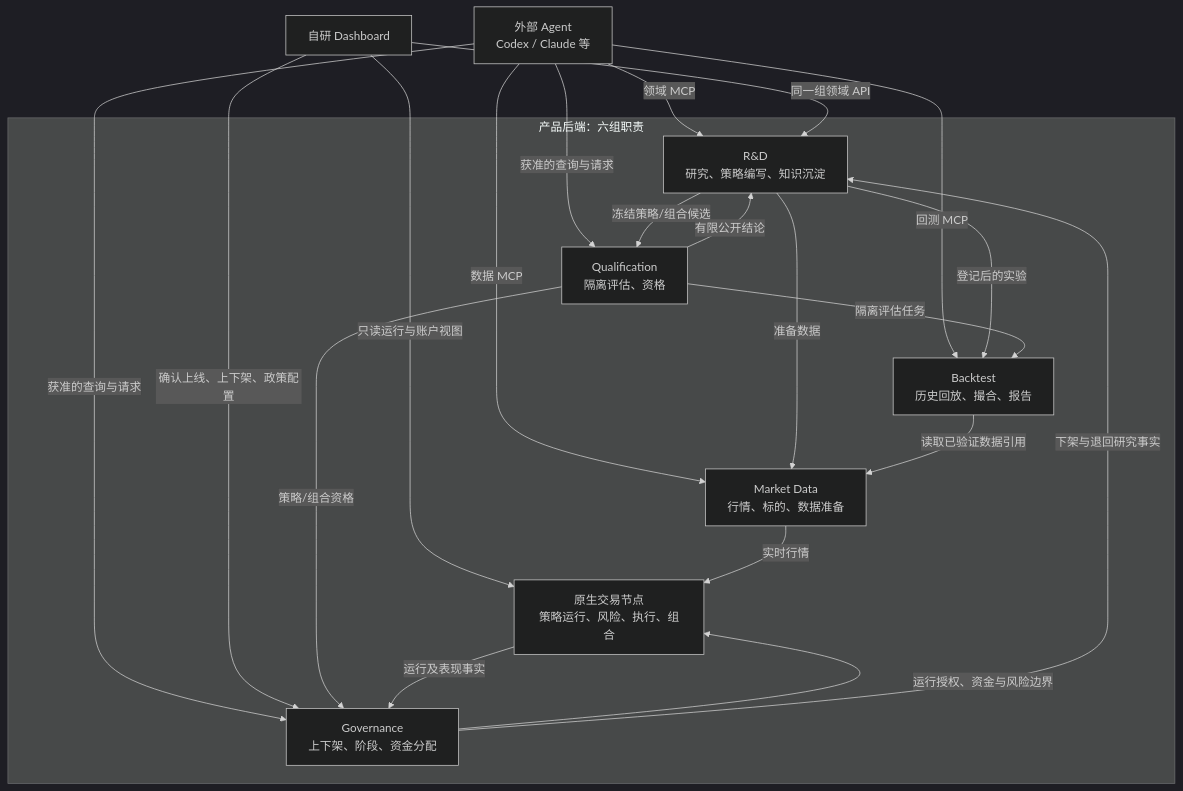
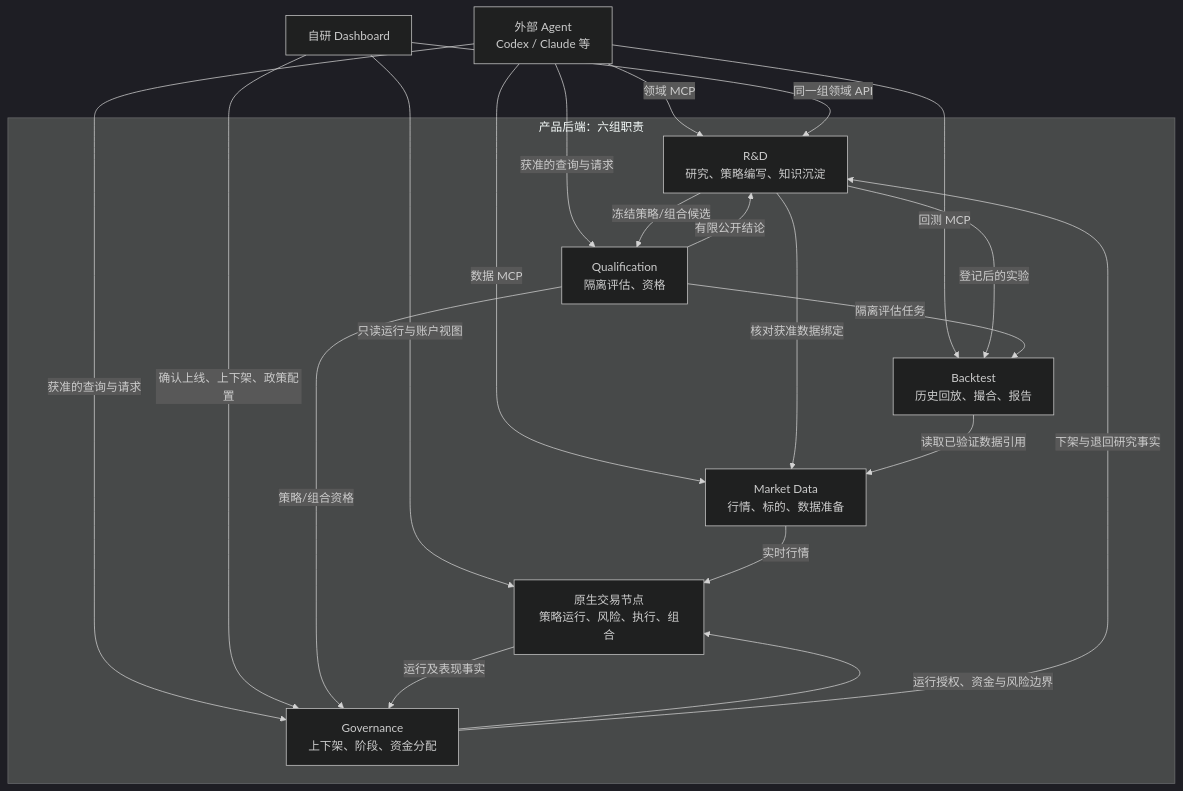
The second of 5 diagrams in docs/architecture/index.zh.md (qOeOp/trade), drawn with Mermaid (dark theme) before and after one commit. The commit also changed other lines of this file and 12 other files, not shown here.

Commit message:
docs(architecture): audit Nautilus capability adoption and R-1 liquidation bounds

````diff
--- a/docs/architecture/index.zh.md
+++ b/docs/architecture/index.zh.md
@@ -427,32 +430,32 @@
 ```mermaid
 flowchart TB
     A["外部 Agent<br/>Codex / Claude 等"]
     D["自研 Dashboard"]
     subgraph Services["产品后端：六组职责"]
         MD["Market Data<br/>行情、标的、数据准备"]
         BT["Backtest<br/>历史回放、撮合、报告"]
         RD["R&D<br/>研究、策略编写、知识沉淀"]
         Q["Qualification<br/>隔离评估、资格"]
         G["Governance<br/>上下架、阶段、资金分配"]
         N["原生交易节点<br/>策略运行、风险、执行、组合"]
     end
     A -->|"领域 MCP"| RD
     A -->|"数据 MCP"| MD
     A -->|"回测 MCP"| BT
     A -->|"获准的查询与请求"| Q
     A -->|"获准的查询与请求"| G
     D -->|"同一组领域 API"| RD
     D -->|"确认上线、上下架、政策配置"| G
     D -->|"只读运行与账户视图"| N
-    RD -->|"准备数据"| MD
+    RD -->|"核对获准数据绑定"| MD
     RD -->|"登记后的实验"| BT
     BT -->|"读取已验证数据引用"| MD
     RD -->|"冻结策略/组合候选"| Q
     Q -->|"隔离评估任务"| BT
     Q -->|"有限公开结论"| RD
     Q -->|"策略/组合资格"| G
     G -->|"运行授权、资金与风险边界"| N
     MD -->|"实时行情"| N
     N -->|"运行及表现事实"| G
     G -->|"下架与退回研究事实"| RD
 ```
````
